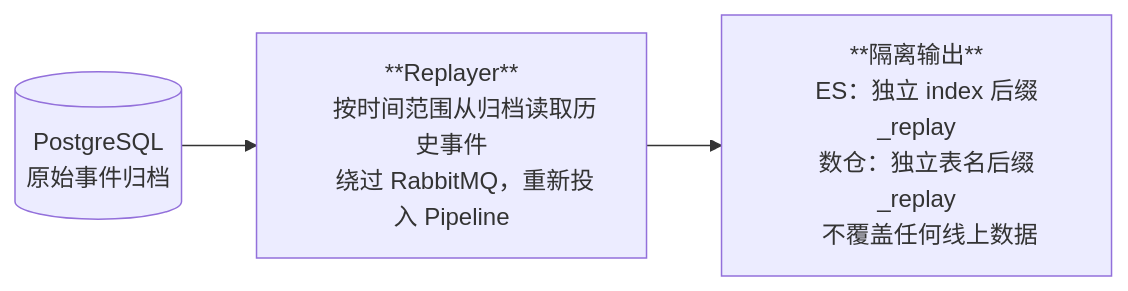
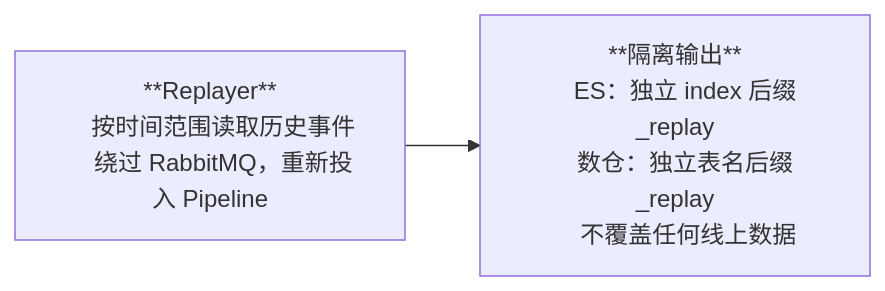
One commit to EthanScriptOn/strea-doc changed the second of 2 diagrams in stream-stats-design.md. Above: the diagram before and after it, drawn with Mermaid. The commit also changed other lines of this file, not shown here.

Commit message:
remove raw event archive step

````diff
--- a/stream-stats-design.md
+++ b/stream-stats-design.md
@@ -86,16 +80,13 @@
 ```mermaid
 flowchart LR
-    PG[("PostgreSQL
-    原始事件归档")]
-
     RP["**Replayer**
-    按时间范围从归档读取历史事件
+    按时间范围读取历史事件
     绕过 RabbitMQ，重新投入 Pipeline"]
 
     ISO["**隔离输出**
     ES：独立 index 后缀 _replay
     数仓：独立表名后缀 _replay
     不覆盖任何线上数据"]
 
-    PG --> RP --> ISO
+    RP --> ISO
 ```
````
